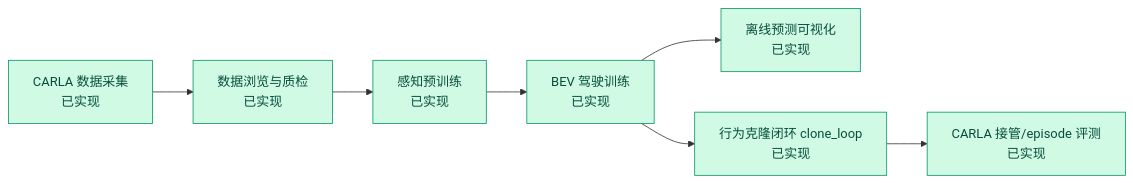
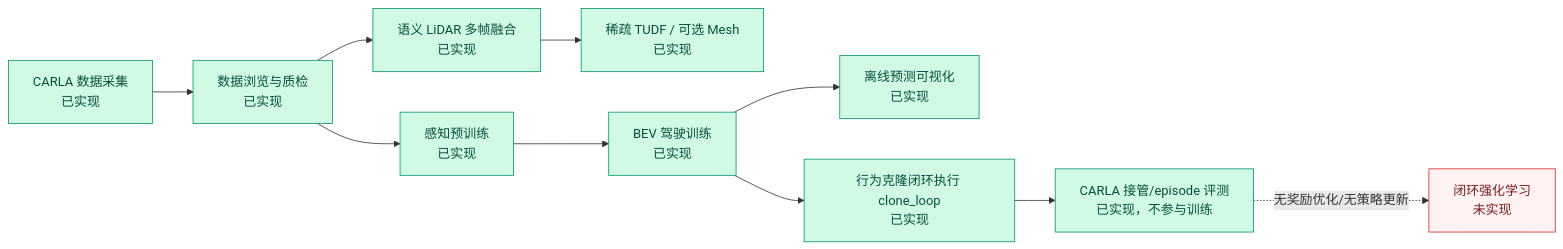
The first of 9 diagrams in README.md (ByteDriveTeam/ByteDrive-Toy), drawn with Mermaid before and after one commit. The commit also changed other lines of this file and 2 other files, not shown here.

````diff
--- a/README.md
+++ b/README.md
@@ -86,12 +96,17 @@
 ```mermaid
 flowchart LR
     A["CARLA 数据采集<br/>已实现"] --> B["数据浏览与质检<br/>已实现"]
     B --> C["感知预训练<br/>已实现"]
+    B --> R1["语义 LiDAR 多帧融合<br/>已实现"]
+    R1 --> R2["稀疏 TUDF / 可选 Mesh<br/>已实现"]
     C --> D["BEV 驾驶训练<br/>已实现"]
     D --> E["离线预测可视化<br/>已实现"]
-    D --> F["行为克隆闭环 clone_loop<br/>已实现"]
-    F --> G["CARLA 接管/episode 评测<br/>已实现"]
+    D --> F["行为克隆闭环执行 clone_loop<br/>已实现"]
+    F --> G["CARLA 接管/episode 评测<br/>已实现，不参与训练"]
+    G -.->|"无奖励优化/无策略更新"| H["闭环强化学习<br/>未实现"]
 
     classDef done fill:#d1fae5,stroke:#059669,color:#064e3b;
-    class A,B,C,D,E,F,G done;
+    classDef absent fill:#fef2f2,stroke:#dc2626,color:#7f1d1d;
+    class A,B,C,D,E,F,G,R1,R2 done;
+    class H absent;
 ```
````
